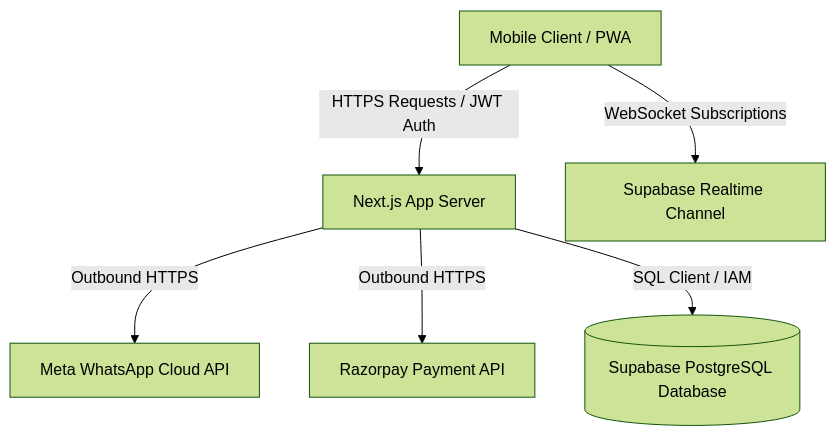
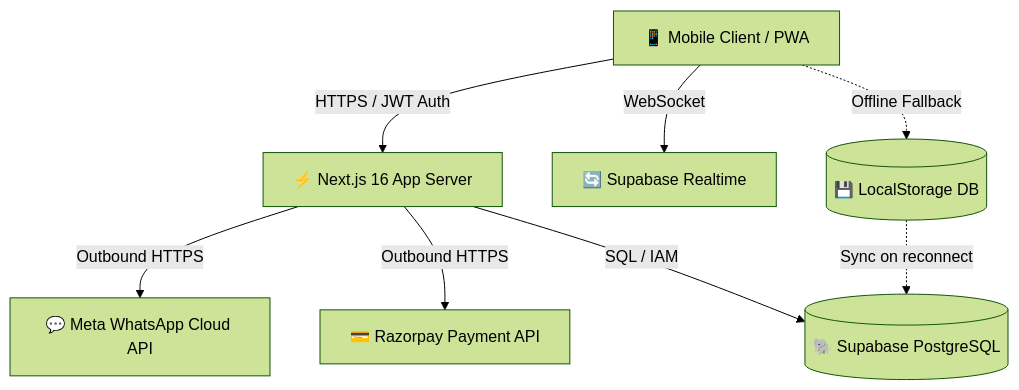
The diagram in README.md (dhruvv16-hash/VendorOS), drawn with Mermaid (forest theme) before and after one commit. The commit also changed other lines of this file and 10 other files, not shown here.

````diff
--- a/README.md
+++ b/README.md
@@ -33,8 +151,10 @@
 ```mermaid
 graph TD
-    Client[Mobile Client / PWA] -->|HTTPS Requests / JWT Auth| Server[Next.js App Server]
-    Client -->|WebSocket Subscriptions| Realtime[Supabase Realtime Channel]
-    Server -->|Outbound HTTPS| MetaAPI[Meta WhatsApp Cloud API]
-    Server -->|Outbound HTTPS| Razorpay[Razorpay Payment API]
-    Server -->|SQL Client / IAM| Postgres[(Supabase PostgreSQL Database)]
+    Client[📱 Mobile Client / PWA] -->|HTTPS / JWT Auth| Server[⚡ Next.js 16 App Server]
+    Client -->|WebSocket| Realtime[🔄 Supabase Realtime]
+    Server -->|Outbound HTTPS| MetaAPI[💬 Meta WhatsApp Cloud API]
+    Server -->|Outbound HTTPS| Razorpay[💳 Razorpay Payment API]
+    Server -->|SQL / IAM| Postgres[(🐘 Supabase PostgreSQL)]
+    Client -.->|Offline Fallback| LocalDB[(💾 LocalStorage DB)]
+    LocalDB -.->|Sync on reconnect| Postgres
 ```
````
